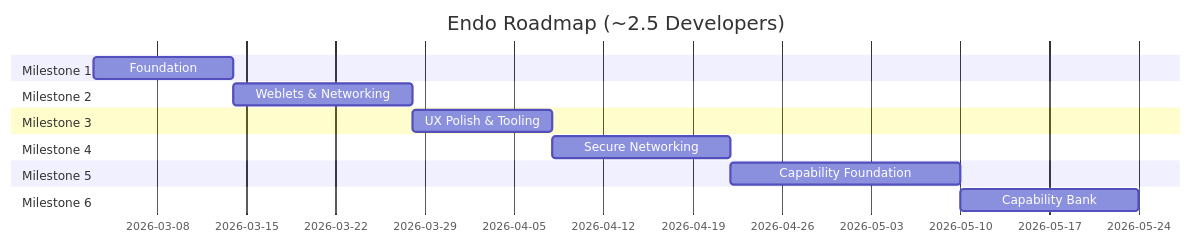
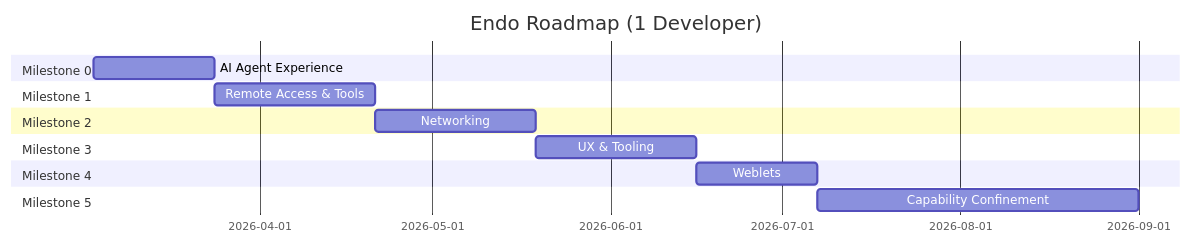
One commit to jbotson/endo-but-for-bots changed the second of 2 diagrams in designs/README.md. Above: the diagram before and after it, drawn with Mermaid. The commit also changed other lines of this file and 4 other files, not shown here.

Commit message:
Update roadmap

````diff
--- a/designs/README.md
+++ b/designs/README.md
@@ -437,23 +357,23 @@
 ```mermaid
 gantt
-    title Endo Roadmap (~2.5 Developers)
+    title Endo Roadmap (1 Developer)
     dateFormat YYYY-MM-DD
 
+    section Milestone 0
+    AI Agent Experience           :m0, 2026-03-03, 3w
+
     section Milestone 1
-    Foundation                    :m1, 2026-03-03, 1.5w
+    Remote Access & Tools         :m1, after m0, 4w
 
     section Milestone 2
-    Weblets & Networking          :m2, after m1, 2w
+    Networking                    :m2, after m1, 4w
 
     section Milestone 3
-    UX Polish & Tooling           :m3, after m2, 1.5w
+    UX & Tooling                  :m3, after m2, 4w
 
     section Milestone 4
-    Secure Networking             :m4, after m3, 2w
+    Weblets                       :m4, after m3, 3w
 
     section Milestone 5
-    Capability Foundation         :m5, after m4, 2.5w
-
-    section Milestone 6
-    Capability Bank               :m6, after m5, 2w
+    Capability Confinement        :m5, after m4, 8w
 ```
````
